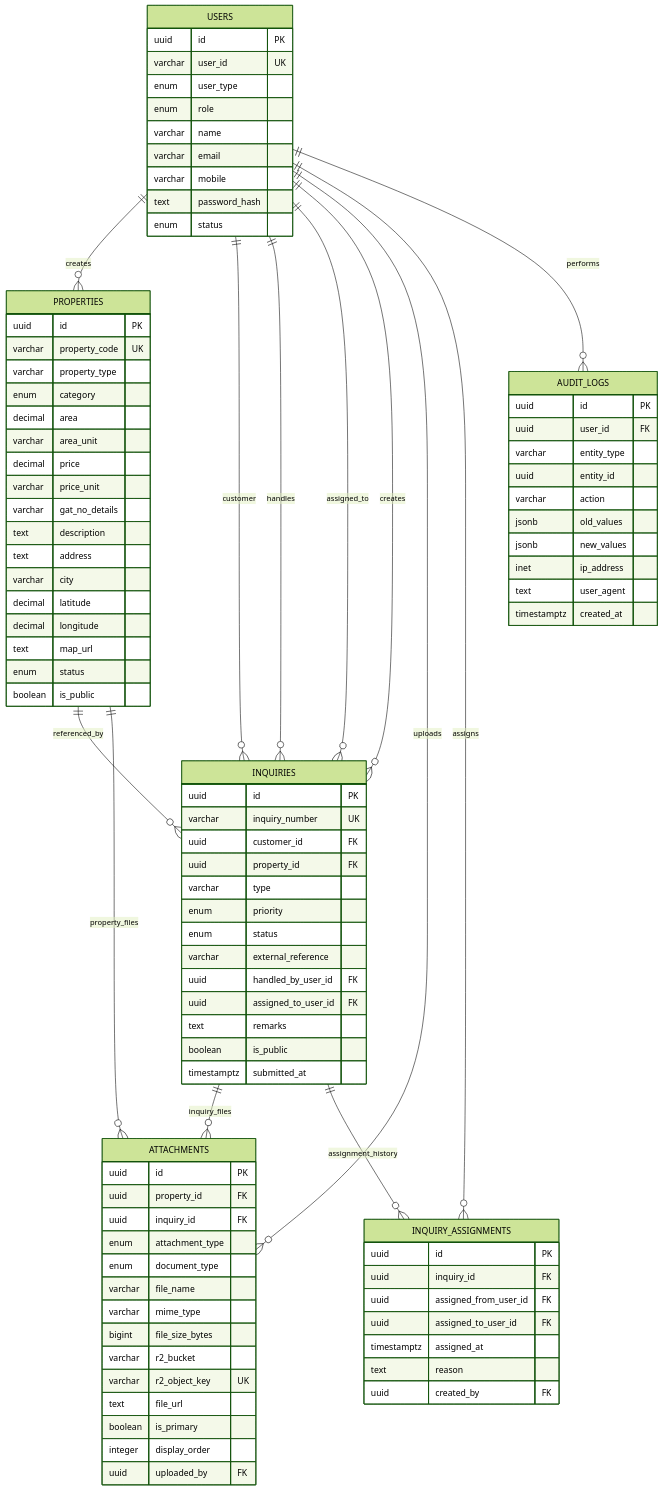
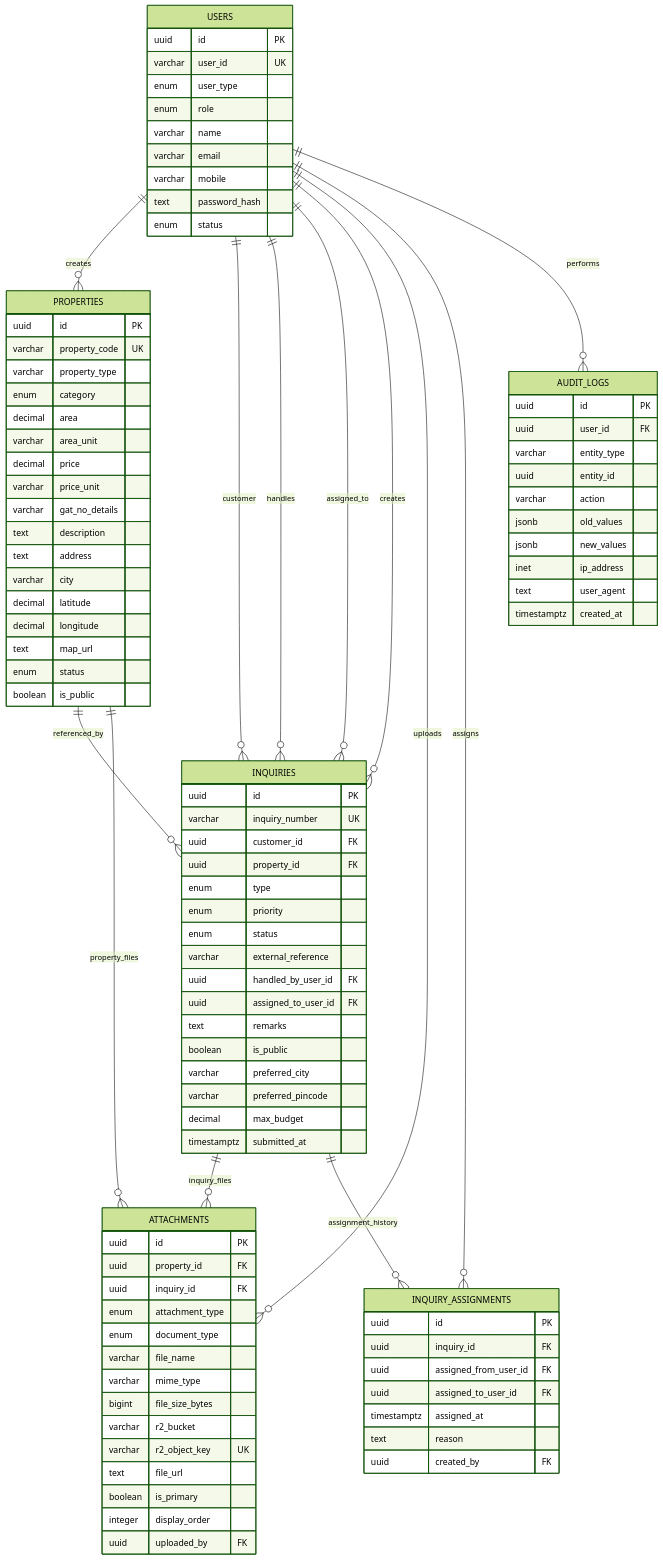
The diagram in docs/database/erd.mmd (mangeshsalve/aryan-landmark-solutions), drawn with Mermaid (forest theme) before and after one commit. The commit also changed 20 other files, not shown here.

```diff
--- a/docs/database/erd.mmd
+++ b/docs/database/erd.mmd
@@ -1,107 +1,110 @@
 erDiagram
 
     USERS ||--o{ PROPERTIES : creates
     USERS ||--o{ INQUIRIES : customer
     USERS ||--o{ INQUIRIES : handles
     USERS ||--o{ INQUIRIES : assigned_to
     USERS ||--o{ INQUIRIES : creates
 
     PROPERTIES ||--o{ INQUIRIES : referenced_by
 
     PROPERTIES ||--o{ ATTACHMENTS : property_files
     INQUIRIES ||--o{ ATTACHMENTS : inquiry_files
 
     INQUIRIES ||--o{ INQUIRY_ASSIGNMENTS : assignment_history
 
     USERS ||--o{ ATTACHMENTS : uploads
     USERS ||--o{ INQUIRY_ASSIGNMENTS : assigns
 
     USERS ||--o{ AUDIT_LOGS : performs
 
     USERS {
         uuid id PK
         varchar user_id UK
         enum user_type
         enum role
         varchar name
         varchar email
         varchar mobile
         text password_hash
         enum status
     }
 
     PROPERTIES {
         uuid id PK
         varchar property_code UK
         varchar property_type
         enum category
         decimal area
         varchar area_unit
         decimal price
         varchar price_unit
         varchar gat_no_details
         text description
         text address
         varchar city
         decimal latitude
         decimal longitude
         text map_url
         enum status
         boolean is_public
     }
 
     INQUIRIES {
         uuid id PK
         varchar inquiry_number UK
         uuid customer_id FK
         uuid property_id FK
-        varchar type
+        enum type
         enum priority
         enum status
         varchar external_reference
         uuid handled_by_user_id FK
         uuid assigned_to_user_id FK
         text remarks
         boolean is_public
+        varchar preferred_city
+        varchar preferred_pincode
+        decimal max_budget
         timestamptz submitted_at
     }
 
     ATTACHMENTS {
         uuid id PK
         uuid property_id FK
         uuid inquiry_id FK
         enum attachment_type
         enum document_type
         varchar file_name
         varchar mime_type
         bigint file_size_bytes
         varchar r2_bucket
         varchar r2_object_key UK
         text file_url
         boolean is_primary
         integer display_order
         uuid uploaded_by FK
     }
 
     INQUIRY_ASSIGNMENTS {
         uuid id PK
         uuid inquiry_id FK
         uuid assigned_from_user_id FK
         uuid assigned_to_user_id FK
         timestamptz assigned_at
         text reason
         uuid created_by FK
     }
 
     AUDIT_LOGS {
         uuid id PK
         uuid user_id FK
         varchar entity_type
         uuid entity_id
         varchar action
         jsonb old_values
         jsonb new_values
         inet ip_address
         text user_agent
         timestamptz created_at
     }
```
